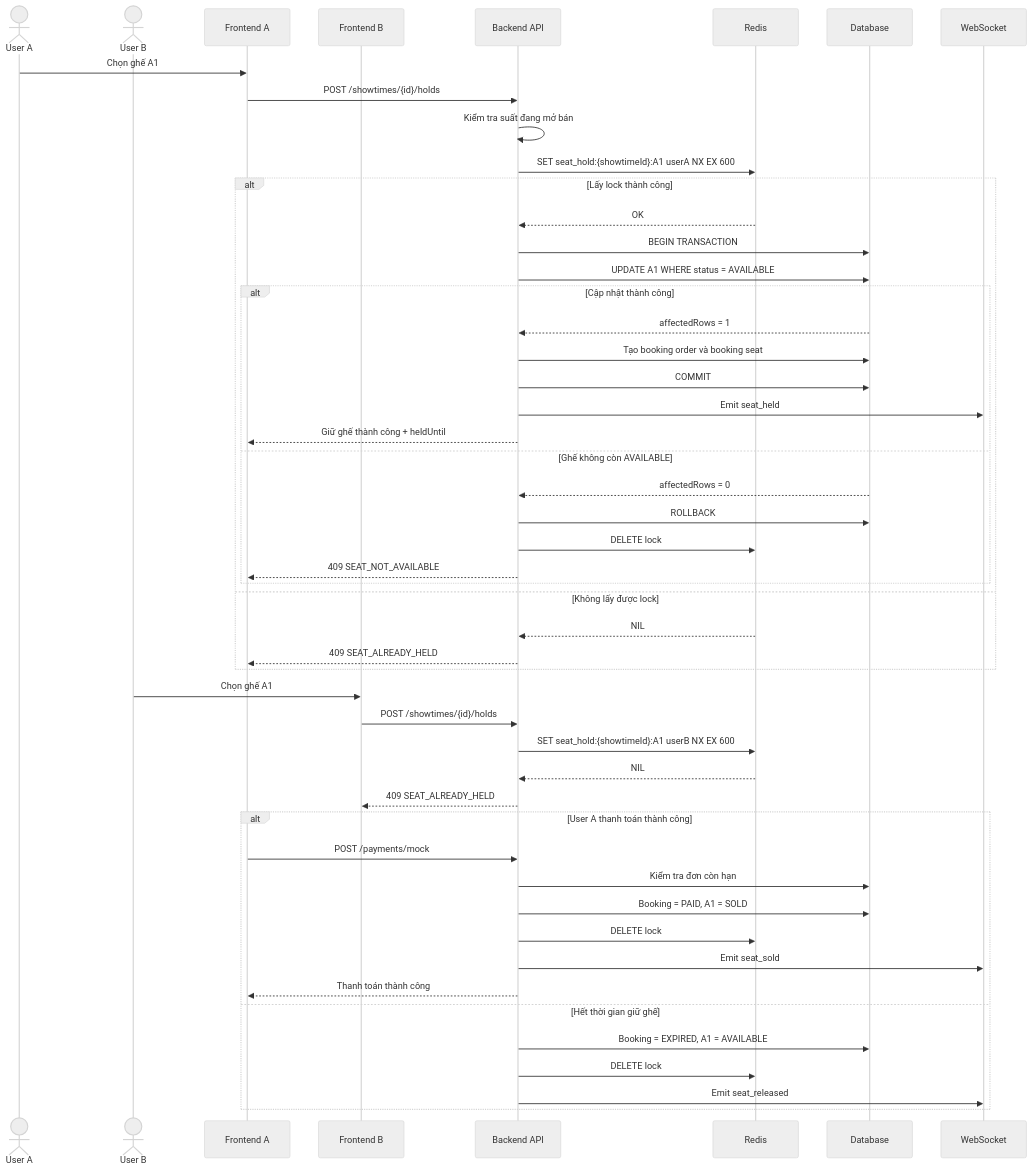
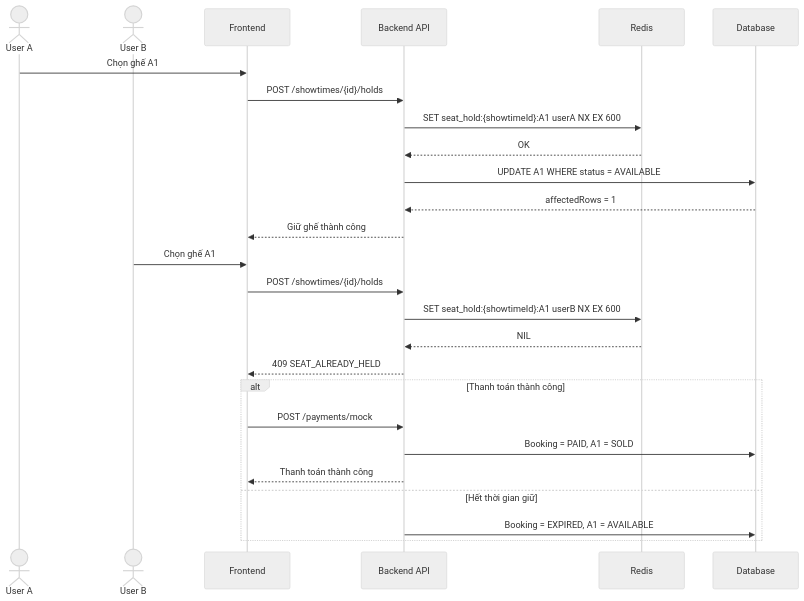
Before and after one commit to Minhhanh-zit/CNPM: the diagram in .github/Tuần 5/[Ticket Hunting] Thiết kế luồng săn vé xem phim/p21.md, drawn with Mermaid (neutral theme). The commit also changed other lines of this file, not shown here.

````diff
--- a/.github/Tuần 5/[Ticket Hunting] Thiết kế luồng săn vé xem phim/p21.md
+++ b/.github/Tuần 5/[Ticket Hunting] Thiết kế luồng săn vé xem phim/p21.md
@@ -290,57 +49,31 @@
 ```mermaid
 sequenceDiagram
     actor UserA as User A
     actor UserB as User B
-    participant FEA as Frontend A
-    participant FEB as Frontend B
+    participant FE as Frontend
     participant API as Backend API
     participant Redis as Redis
     participant DB as Database
-    participant WS as WebSocket
 
-    UserA->>FEA: Chọn ghế A1
-    FEA->>API: POST /showtimes/{id}/holds
-    API->>API: Kiểm tra suất đang mở bán
+    UserA->>FE: Chọn ghế A1
+    FE->>API: POST /showtimes/{id}/holds
     API->>Redis: SET seat_hold:{showtimeId}:A1 userA NX EX 600
+    Redis-->>API: OK
+    API->>DB: UPDATE A1 WHERE status = AVAILABLE
+    DB-->>API: affectedRows = 1
+    API-->>FE: Giữ ghế thành công
 
-    alt Lấy lock thành công
-        Redis-->>API: OK
-        API->>DB: BEGIN TRANSACTION
-        API->>DB: UPDATE A1 WHERE status = AVAILABLE
-
-        alt Cập nhật thành công
-            DB-->>API: affectedRows = 1
-            API->>DB: Tạo booking order và booking seat
-            API->>DB: COMMIT
-            API->>WS: Emit seat_held
-            API-->>FEA: Giữ ghế thành công + heldUntil
-        else Ghế không còn AVAILABLE
-            DB-->>API: affectedRows = 0
-            API->>DB: ROLLBACK
-            API->>Redis: DELETE lock
-            API-->>FEA: 409 SEAT_NOT_AVAILABLE
-        end
-    else Không lấy được lock
-        Redis-->>API: NIL
-        API-->>FEA: 409 SEAT_ALREADY_HELD
-    end
-
-    UserB->>FEB: Chọn ghế A1
-    FEB->>API: POST /showtimes/{id}/holds
+    UserB->>FE: Chọn ghế A1
+    FE->>API: POST /showtimes/{id}/holds
     API->>Redis: SET seat_hold:{showtimeId}:A1 userB NX EX 600
     Redis-->>API: NIL
-    API-->>FEB: 409 SEAT_ALREADY_HELD
+    API-->>FE: 409 SEAT_ALREADY_HELD
 
-    alt User A thanh toán thành công
-        FEA->>API: POST /payments/mock
-        API->>DB: Kiểm tra đơn còn hạn
+    alt Thanh toán thành công
+        FE->>API: POST /payments/mock
         API->>DB: Booking = PAID, A1 = SOLD
-        API->>Redis: DELETE lock
-        API->>WS: Emit seat_sold
-        API-->>FEA: Thanh toán thành công
-    else Hết thời gian giữ ghế
+        API-->>FE: Thanh toán thành công
+    else Hết thời gian giữ
         API->>DB: Booking = EXPIRED, A1 = AVAILABLE
-        API->>Redis: DELETE lock
-        API->>WS: Emit seat_released
     end
 ```
````
